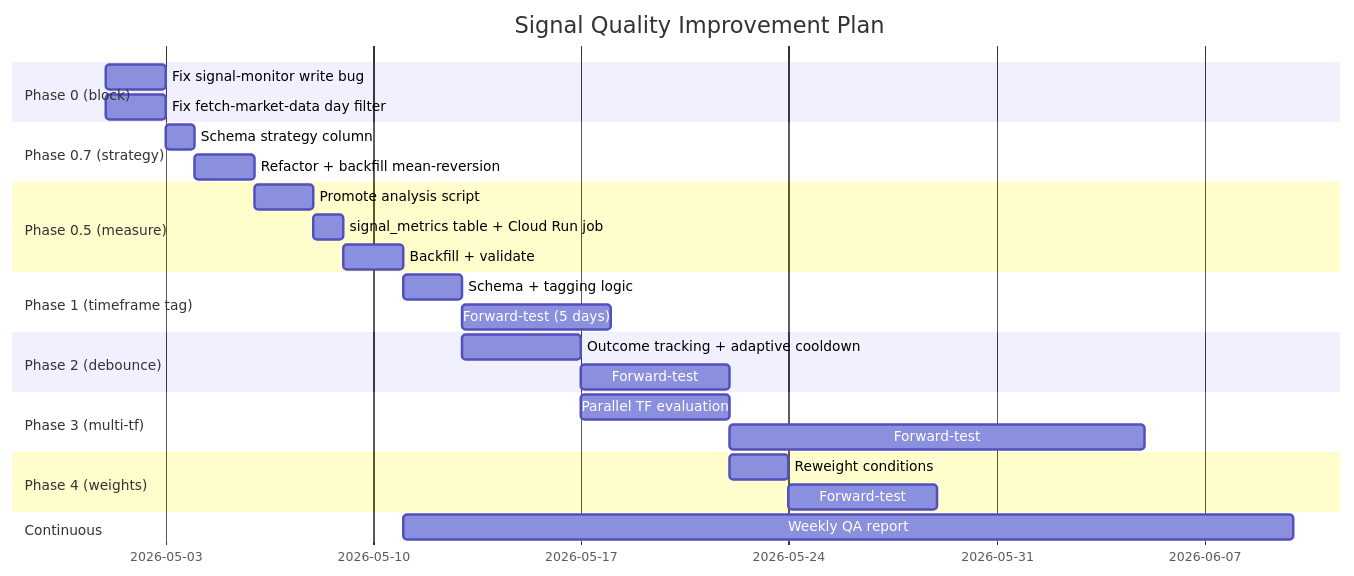
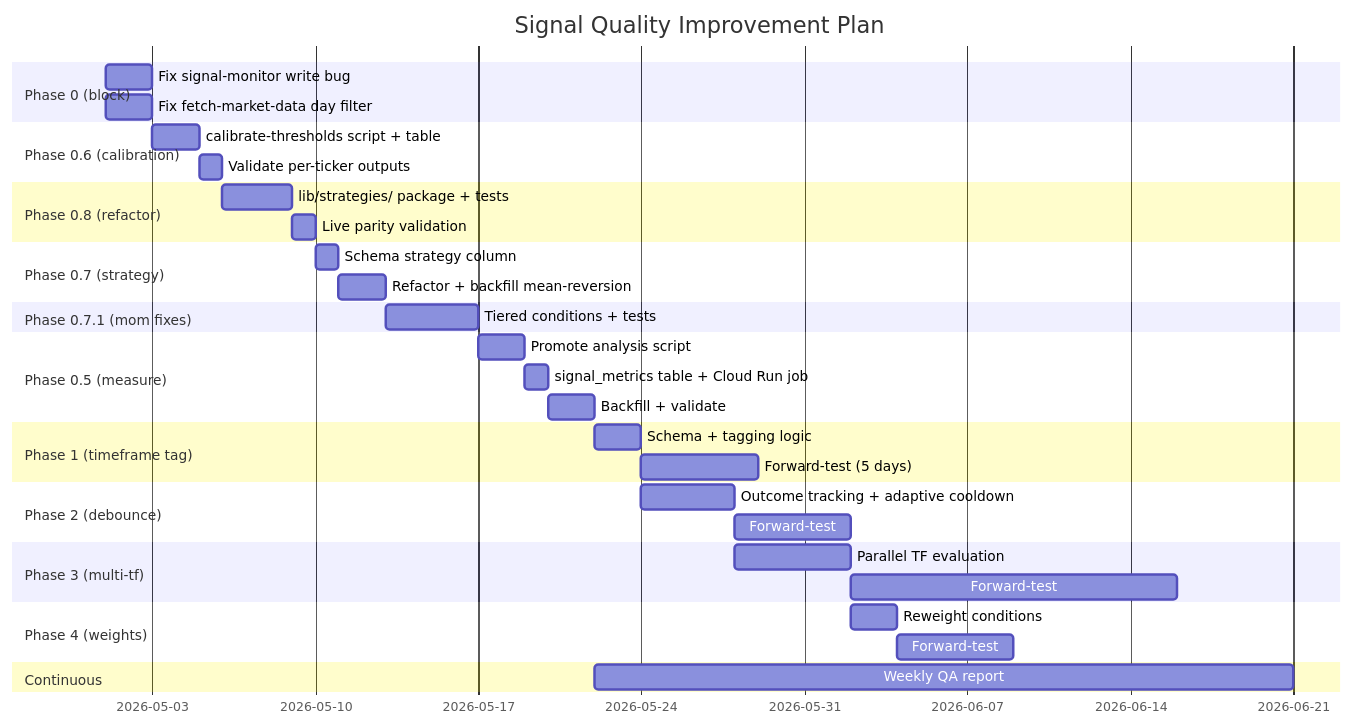
Before and after one commit to TeneikaAskew/stocks: the diagram in docs/plans/SIGNAL_QUALITY_TEST_PLAN.md, drawn with Mermaid. The commit also changed other lines of this file, not shown here.

First line of the commit message:
docs: add Phase 0.6 calibration + top-of-doc caveats on hardcoded values

````diff
--- a/docs/plans/SIGNAL_QUALITY_TEST_PLAN.md
+++ b/docs/plans/SIGNAL_QUALITY_TEST_PLAN.md
@@ -731,29 +877,37 @@
 ```mermaid
 gantt
     title Signal Quality Improvement Plan
     dateFormat YYYY-MM-DD
     section Phase 0 (block)
     Fix signal-monitor write bug      :p0a, 2026-05-01, 2d
     Fix fetch-market-data day filter  :p0b, 2026-05-01, 2d
+    section Phase 0.6 (calibration)
+    calibrate-thresholds script + table :p06a, after p0a, 2d
+    Validate per-ticker outputs       :p06b, after p06a, 1d
+    section Phase 0.8 (refactor)
+    lib/strategies/ package + tests   :p08a, after p06b, 3d
+    Live parity validation            :p08b, after p08a, 1d
     section Phase 0.7 (strategy)
-    Schema strategy column            :p07a, after p0a, 1d
+    Schema strategy column            :p07a, after p08b, 1d
     Refactor + backfill mean-reversion:p07b, after p07a, 2d
+    section Phase 0.7.1 (mom fixes)
+    Tiered conditions + tests         :p071, after p07b, 4d
     section Phase 0.5 (measure)
-    Promote analysis script           :p05a, after p07b, 2d
+    Promote analysis script           :p05a, after p071, 2d
     signal_metrics table + Cloud Run job :p05b, after p05a, 1d
     Backfill + validate               :p05c, after p05b, 2d
     section Phase 1 (timeframe tag)
     Schema + tagging logic            :p1a, after p05c, 2d
     Forward-test (5 days)             :p1b, after p1a, 5d
     section Phase 2 (debounce)
     Outcome tracking + adaptive cooldown :p2a, after p1a, 4d
     Forward-test                      :p2b, after p2a, 5d
     section Phase 3 (multi-tf)
     Parallel TF evaluation            :p3a, after p2a, 5d
     Forward-test                      :p3b, after p3a, 14d
     section Phase 4 (weights)
     Reweight conditions               :p4a, after p3a, 2d
     Forward-test                      :p4b, after p4a, 5d
     section Continuous
     Weekly QA report                  :qa, after p05c, 30d
 ```
````
